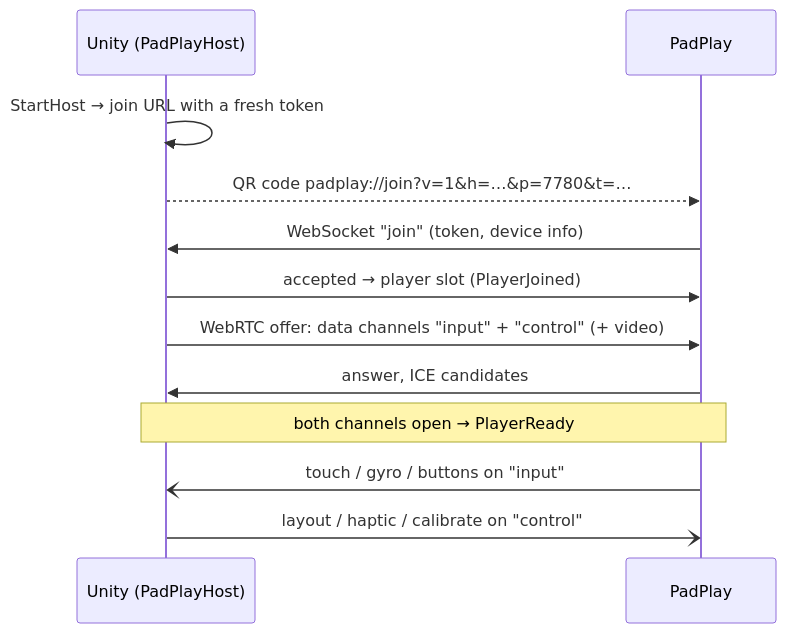
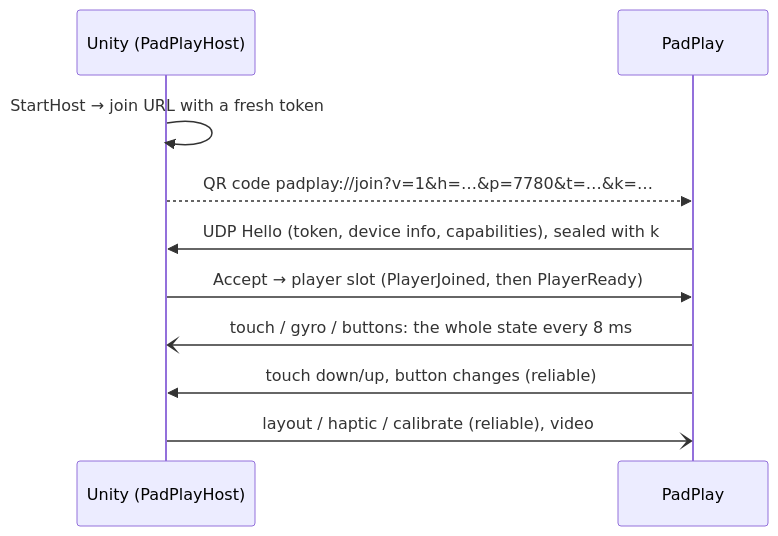
One commit to Petaf000/PadPlay changed the second of 2 diagrams in docs/docs/Concepts.md. Above: the diagram before and after it, drawn with Mermaid. The commit also changed other lines of this file and 8 other files, not shown here.

````diff
--- a/docs/docs/Concepts.md
+++ b/docs/docs/Concepts.md
@@ -87,14 +87,12 @@
 ```mermaid
 sequenceDiagram
     participant Game as Unity (PadPlayHost)
     participant Phone as PadPlay
     Game->>Game: StartHost → join URL with a fresh token
-    Game-->>Phone: QR code  padplay://join?v=1&h=…&p=7780&t=…
-    Phone->>Game: WebSocket "join" (token, device info)
-    Game->>Phone: accepted → player slot  (PlayerJoined)
-    Game->>Phone: WebRTC offer: data channels "input" + "control" (+ video)
-    Phone->>Game: answer, ICE candidates
-    Note over Game,Phone: both channels open → PlayerReady
-    Phone-)Game: touch / gyro / buttons on "input"
-    Game-)Phone: layout / haptic / calibrate on "control"
+    Game-->>Phone: QR code  padplay://join?v=1&h=…&p=7780&t=…&k=…
+    Phone->>Game: UDP Hello (token, device info, capabilities), sealed with k
+    Game->>Phone: Accept → player slot  (PlayerJoined, then PlayerReady)
+    Phone-)Game: touch / gyro / buttons: the whole state every 8 ms
+    Phone->>Game: touch down/up, button changes (reliable)
+    Game-)Phone: layout / haptic / calibrate (reliable), video
 ```
````
